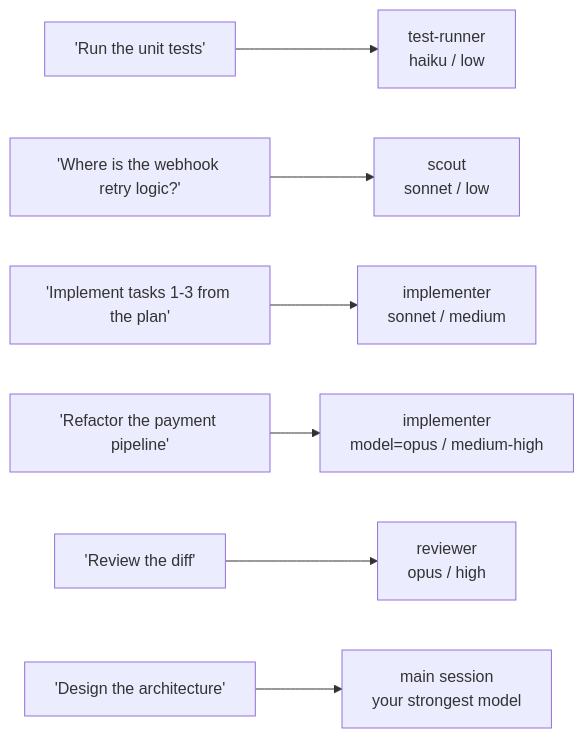
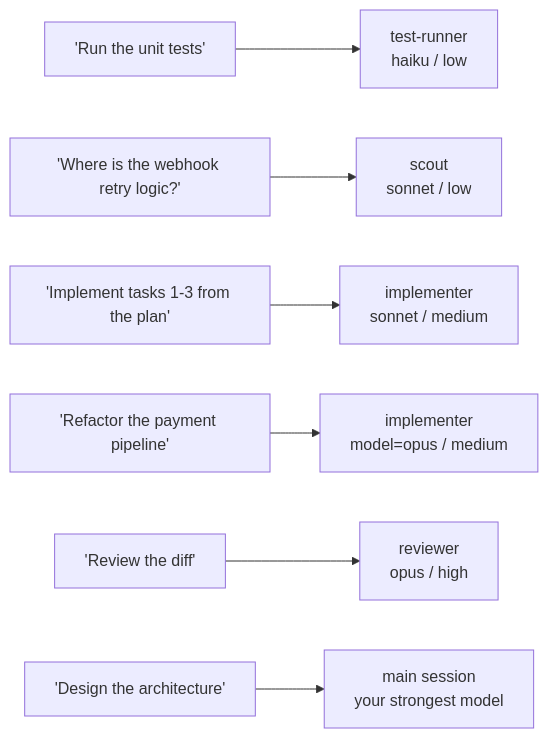
The third of 3 diagrams in README.md (AqueGen/model-routing), drawn with Mermaid before and after one commit. The commit also changed other lines of this file and 4 other files, not shown here.

````diff
--- a/README.md
+++ b/README.md
@@ -119,9 +120,9 @@
 ```mermaid
 flowchart LR
     A["'Run the unit tests'"] --> TR["test-runner<br/>haiku / low"]
     B["'Where is the webhook retry logic?'"] --> SC["scout<br/>sonnet / low"]
     C["'Implement tasks 1-3 from the plan'"] --> IM["implementer<br/>sonnet / medium"]
-    D["'Refactor the payment pipeline'"] --> IMO["implementer<br/>model=opus / medium-high"]
+    D["'Refactor the payment pipeline'"] --> IMO["implementer<br/>model=opus / medium"]
     E["'Review the diff'"] --> RV["reviewer<br/>opus / high"]
     F["'Design the architecture'"] --> MS["main session<br/>your strongest model"]
 ```
````
